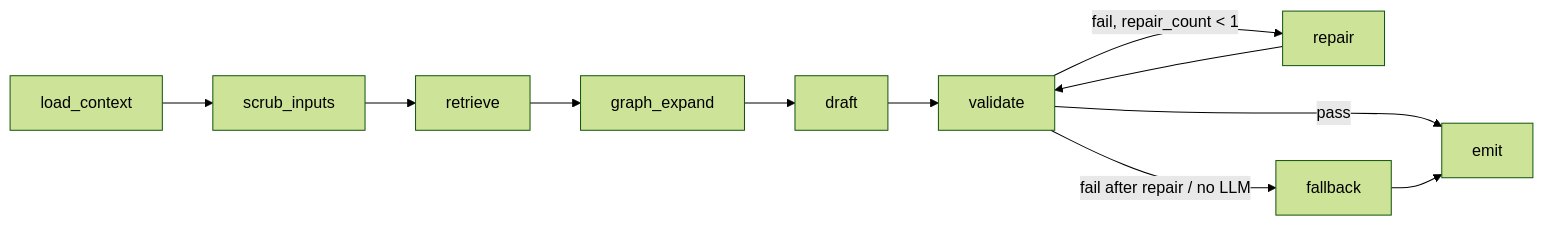
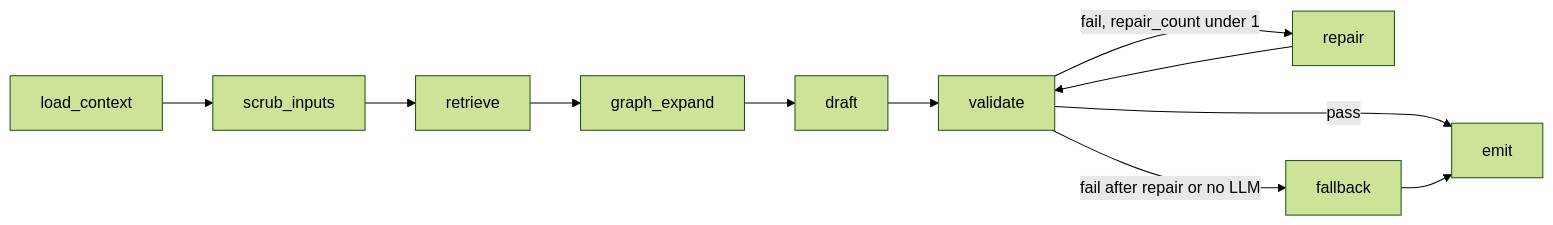
The first of 3 diagrams in docs/architecture/ai-pipeline.md (sanjayrkshetty/presales-hub), drawn with Mermaid (forest theme) before and after one commit. The commit also changed other lines of this file and 2 other files, not shown here.

First line of the commit message:
fix(docs): make architecture Mermaid GitHub-safe

````diff
--- a/docs/architecture/ai-pipeline.md
+++ b/docs/architecture/ai-pipeline.md
@@ -12,13 +12,13 @@
 ```mermaid
 flowchart LR
     load[load_context] --> scrub[scrub_inputs]
     scrub --> retrieve[retrieve]
     retrieve --> expand[graph_expand]
     expand --> draft[draft]
     draft --> validate[validate]
     validate -->|pass| emit[emit]
-    validate -->|fail, repair_count &lt; 1| repair[repair]
+    validate -->|fail, repair_count under 1| repair[repair]
     repair --> validate
-    validate -->|fail after repair / no LLM| fallback[fallback]
+    validate -->|fail after repair or no LLM| fallback[fallback]
     fallback --> emit
 ```
````
